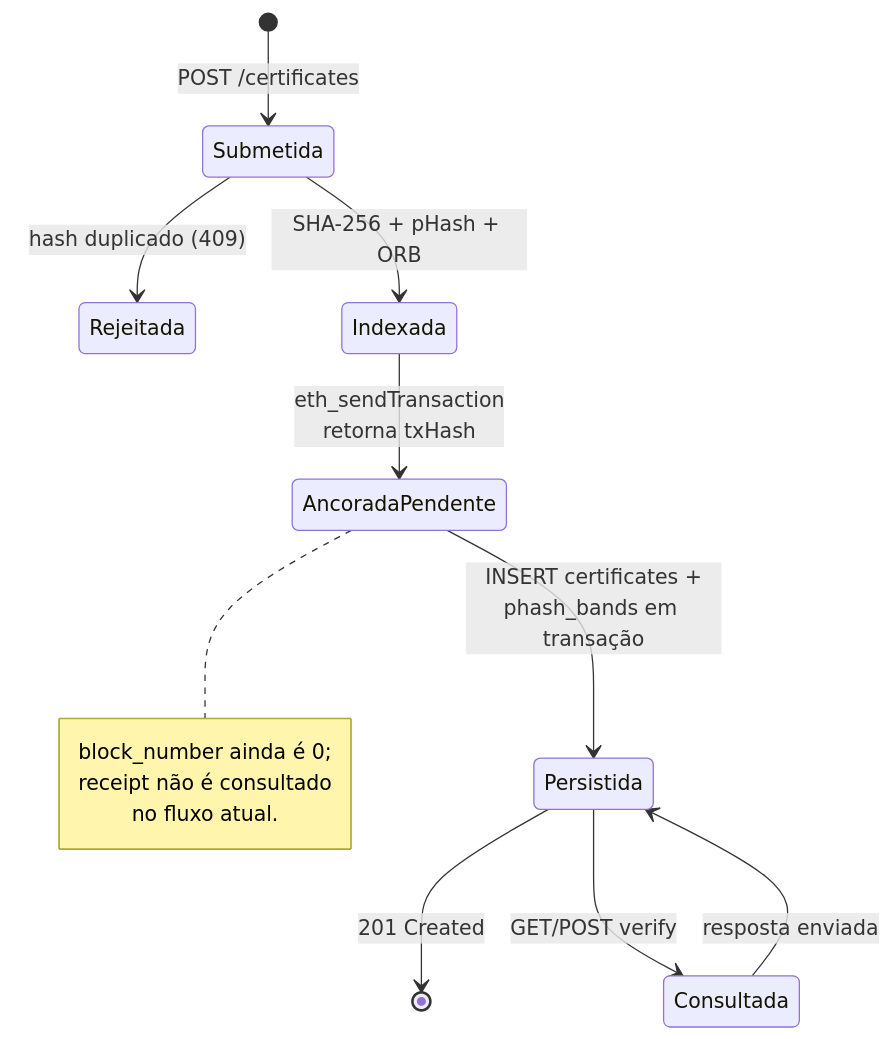
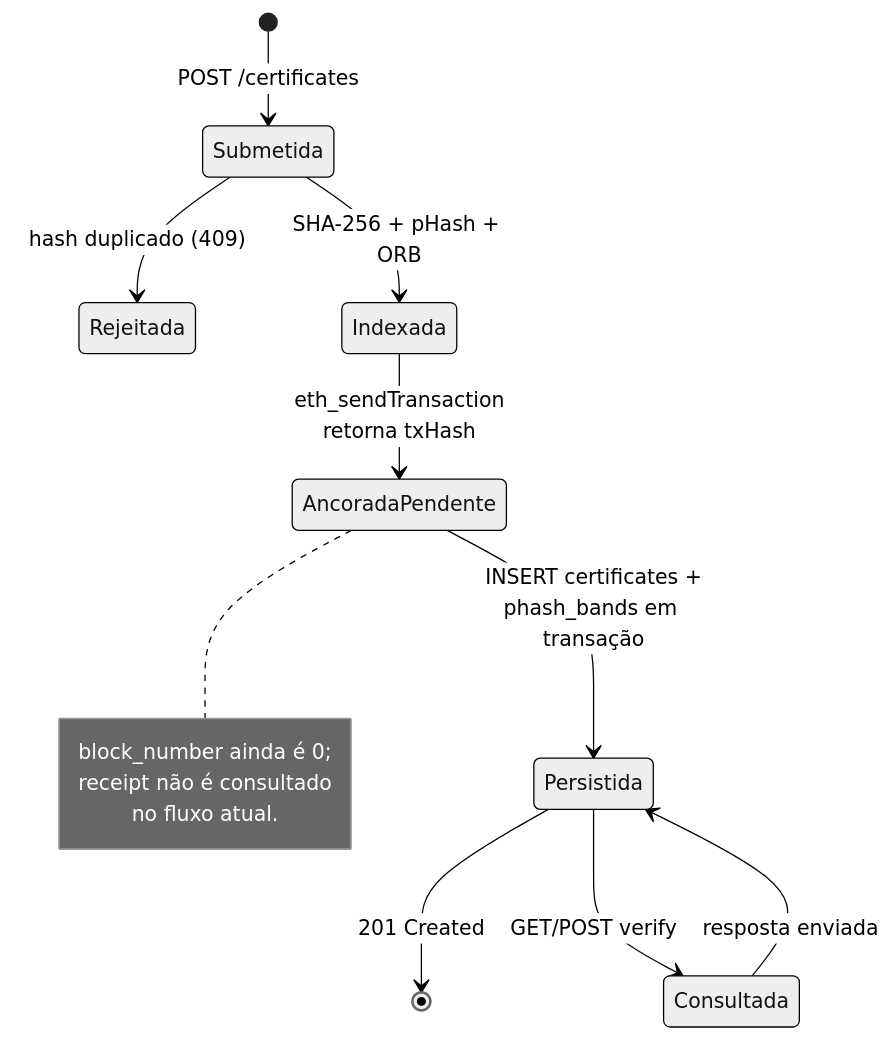
The second of 3 diagrams in docs/USAGE_FLOW.md (waizbart/aletheia-api), drawn with Mermaid before and after one commit. The commit also changed other lines of this file and 3 other files, not shown here.

First line of the commit message:
docs: rewrite README and clean diagrams

````diff
--- a/docs/USAGE_FLOW.md
+++ b/docs/USAGE_FLOW.md
@@ -44,23 +37,22 @@
 ```mermaid
-%%{init: {'theme': 'default'}}%%
+%%{init: {'theme': 'neutral'}}%%
 stateDiagram-v2
     [*] --> Submetida: POST /certificates
 
     Submetida --> Rejeitada: hash duplicado (409)
     Submetida --> Indexada: SHA-256 + pHash + ORB
 
     Indexada --> AncoradaPendente: eth_sendTransaction<br/>retorna txHash
     AncoradaPendente --> Persistida: INSERT certificates +<br/>phash_bands em transação
 
     Persistida --> [*]: 201 Created
 
     Persistida --> Consultada: GET/POST verify
     Consultada --> Persistida: resposta enviada
 
     note right of AncoradaPendente
       block_number ainda é 0;
       receipt não é consultado
       no fluxo atual.
     end note
-
 ```
````
